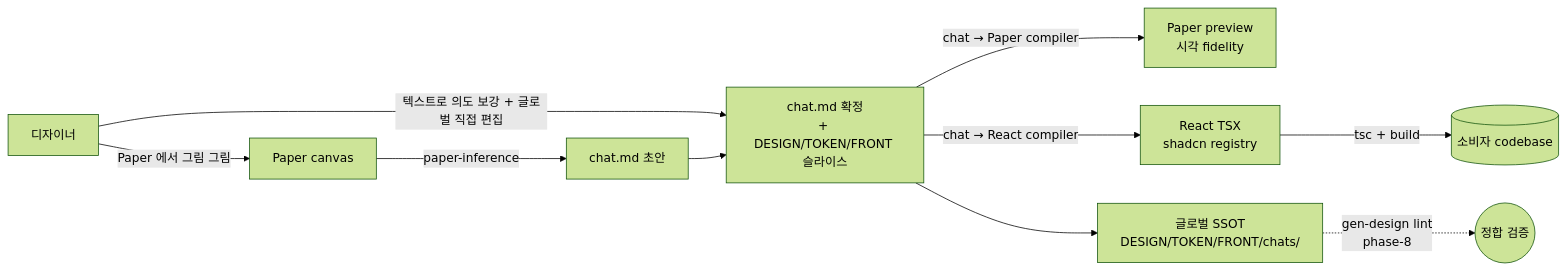
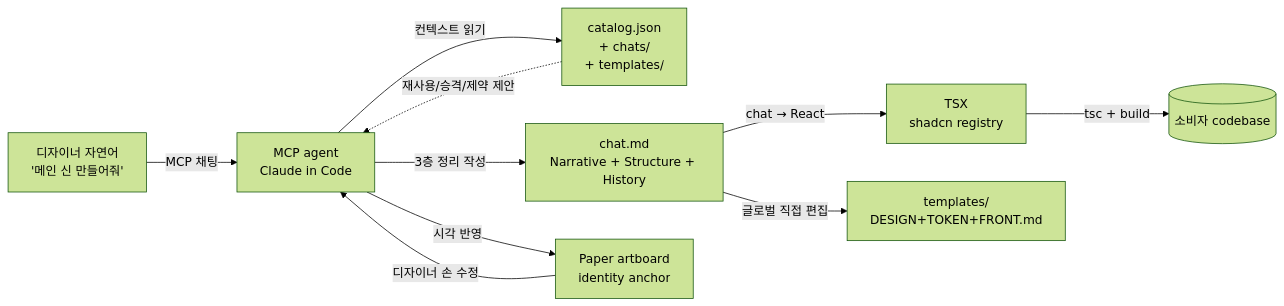
The diagram in docs/handbook.md (Changsik00/gen-design), drawn with Mermaid (forest theme) before and after one commit. The commit also changed other lines of this file, not shown here.

Commit message:
docs(spec-08-02): rewrite handbook §1 with agent-mediated flow
- 한 줄 정의 갱신 — 자연어 → MCP agent → 3층 chat.md
- mermaid 갱신 — 디자이너 자연어 input + agent 컨텍스트 읽기 +
  재사용/승격/제약 제안 + 양방향 Paper sync 반영
- 4 축 어휘 정합 박스 유지 + Paper 축에 layer-name 식별자 추가
- 흐름 핵심 한 줄 갱신 — chat = 살아있는 소통 채널

````diff
--- a/docs/handbook.md
+++ b/docs/handbook.md
@@ -18,12 +18,12 @@
 ```mermaid
 flowchart LR
-  D[디자이너] -->|Paper 에서 그림 그림| P[Paper canvas]
-  P -->|paper-inference| S1[chat.md 초안]
-  D -->|텍스트로 의도 보강 + 글로벌 직접 편집| S2[chat.md 확정<br/>+ DESIGN/TOKEN/FRONT 슬라이스]
-  S1 --> S2
-  S2 -->|chat → Paper compiler| P2[Paper preview<br/>시각 fidelity]
-  S2 -->|chat → React compiler| R[React TSX<br/>shadcn registry]
-  S2 --> G[글로벌 SSOT<br/>DESIGN/TOKEN/FRONT/chats/]
-  G -.->|gen-design lint<br/>phase-8| L((정합 검증))
+  D[디자이너 자연어<br/>'메인 신 만들어줘'] -->|MCP 채팅| A[MCP agent<br/>Claude in Code]
+  A -->|컨텍스트 읽기| CTX[catalog.json<br/>+ chats/<br/>+ templates/]
+  CTX -.->|재사용/승격/제약 제안| A
+  A -->|3층 정리 작성| S[chat.md<br/>Narrative + Structure + History]
+  A -->|시각 반영| P[Paper artboard<br/>identity anchor]
+  P -->|디자이너 손 수정| A
+  S -->|chat → React| R[TSX<br/>shadcn registry]
+  S -->|글로벌 직접 편집| G[templates/<br/>DESIGN+TOKEN+FRONT.md]
   R -->|tsc + build| C[(소비자 codebase)]
 ```
````
